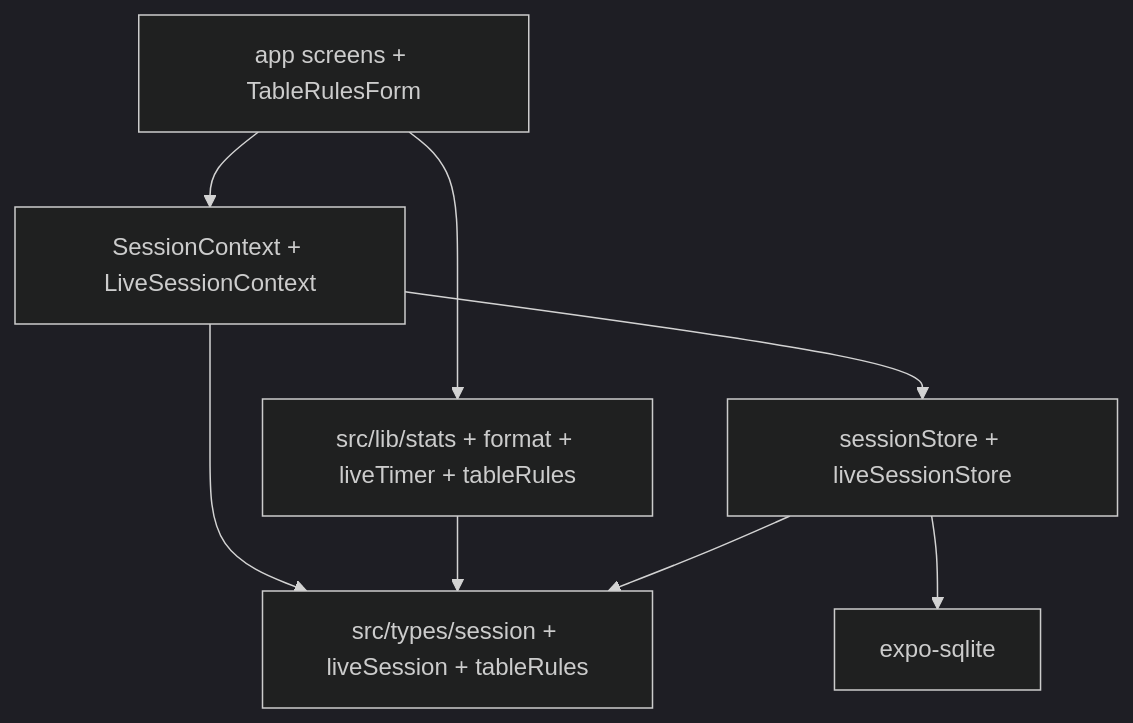
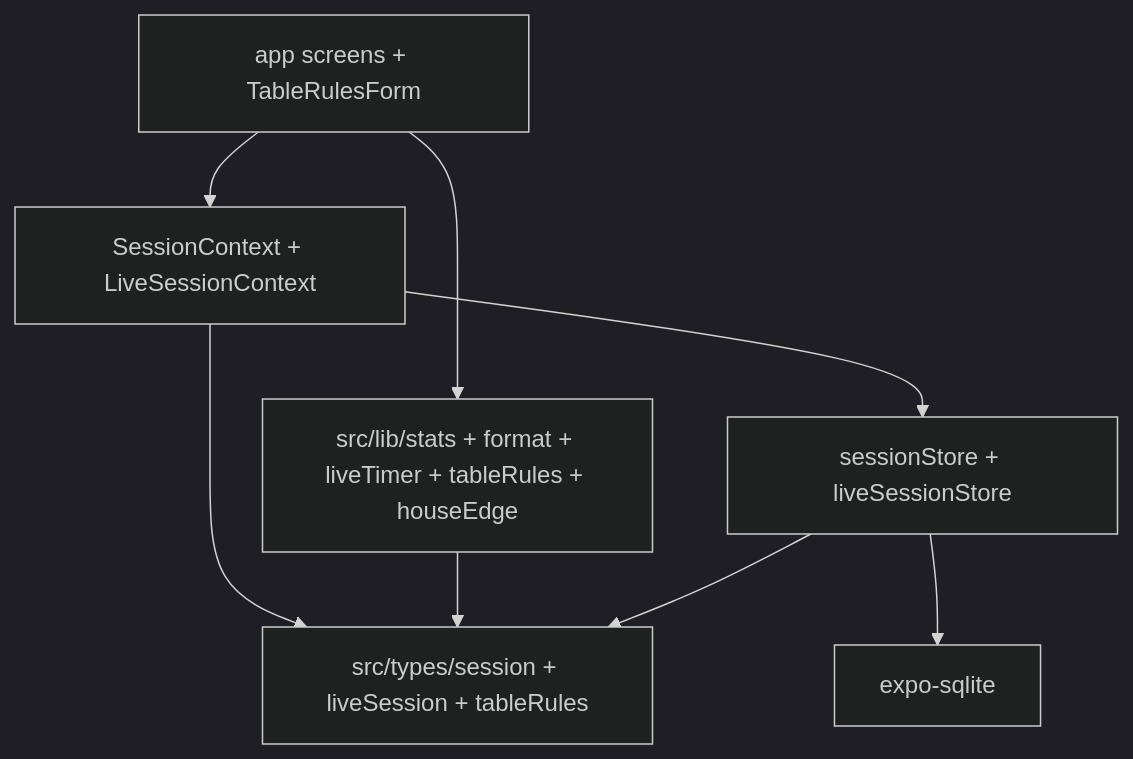
The eighth of 8 diagrams in docs/flow.md (Trevor5008/StackTrack), drawn with Mermaid (dark theme) before and after one commit. The commit also changed other lines of this file and 10 other files, not shown here.

Commit message:
feat: rank tables by approximate house edge Color RankBadge by absolute favorability ranking Unique non-unfavorable/best relative table is framed and highlighted Show tables while in view/edit mode for a session Fix inert header back button bug Change header back button (tabs) text display

````diff
--- a/docs/flow.md
+++ b/docs/flow.md
@@ -138,17 +142,17 @@
 ```mermaid
 flowchart TB
   UI["app screens + TableRulesForm"]
   Ctx[SessionContext + LiveSessionContext]
-  Lib[src/lib/stats + format + liveTimer + tableRules]
+  Lib[src/lib/stats + format + liveTimer + tableRules + houseEdge]
   Types[src/types/session + liveSession + tableRules]
   Persist[sessionStore + liveSessionStore]
   Device[expo-sqlite]
 
   UI --> Ctx
   UI --> Lib
   Ctx --> Persist
   Ctx --> Types
   Lib --> Types
   Persist --> Types
   Persist --> Device
 ```
````
